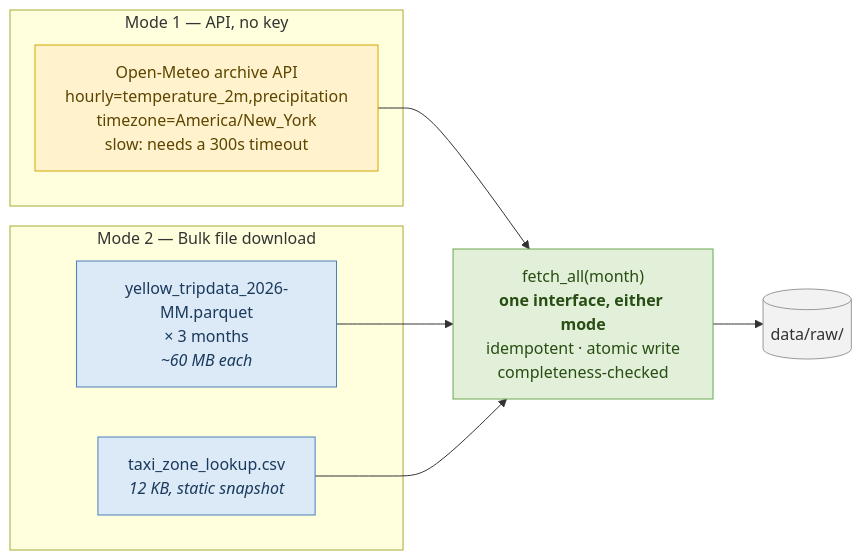
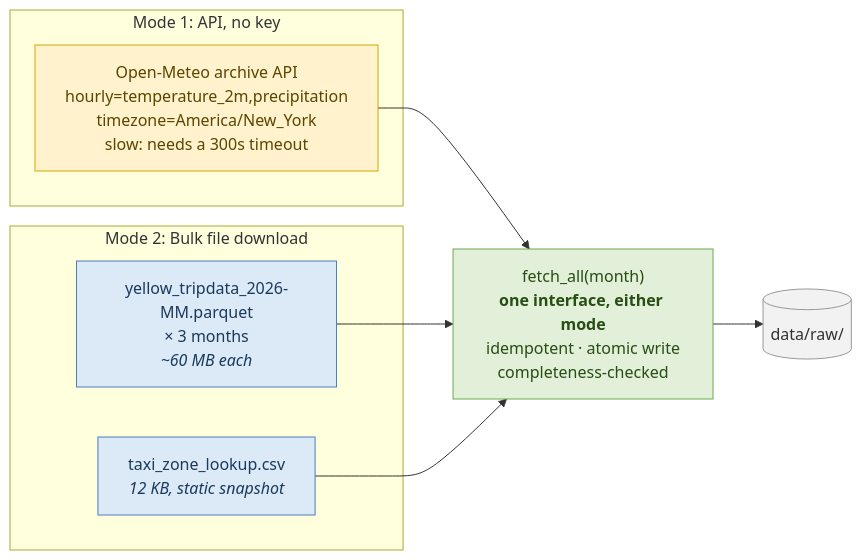
The second of 4 diagrams in README.md (akshat-code21/nyc-tlc-fde), drawn with Mermaid before and after one commit. The commit also changed other lines of this file and 3 other files, not shown here.

````diff
--- a/README.md
+++ b/README.md
@@ -155,28 +155,28 @@
 ```mermaid
 flowchart LR
-    subgraph API["Mode 1 — API, no key"]
+    subgraph API["Mode 1: API, no key"]
         OM["Open-Meteo archive API<br/>hourly=temperature_2m,precipitation<br/>timezone=America/New_York<br/>slow: needs a 300s timeout"]
     end
 
-    subgraph BULK["Mode 2 — Bulk file download"]
+    subgraph BULK["Mode 2: Bulk file download"]
         PQ["yellow_tripdata_2026-MM.parquet<br/>× 3 months<br/><i>~60 MB each</i>"]
         ZL["taxi_zone_lookup.csv<br/><i>12 KB, static snapshot</i>"]
     end
 
     F["fetch_all(month)<br/><b>one interface, either mode</b><br/>idempotent · atomic write<br/>completeness-checked"]
     RAW[("data/raw/")]
 
     OM --> F
     PQ --> F
     ZL --> F
     F --> RAW
 
     classDef api fill:#fff2cc,stroke:#d6a700,color:#5c4500
     classDef bulk fill:#dce9f7,stroke:#4a7ebb,color:#1a3a5c
     classDef iface fill:#e2efd9,stroke:#6aa84f,color:#274e13
     classDef out fill:#f2f2f2,stroke:#999999,color:#333333
     class OM api
     class PQ,ZL bulk
     class F iface
     class RAW out
 ```
````
